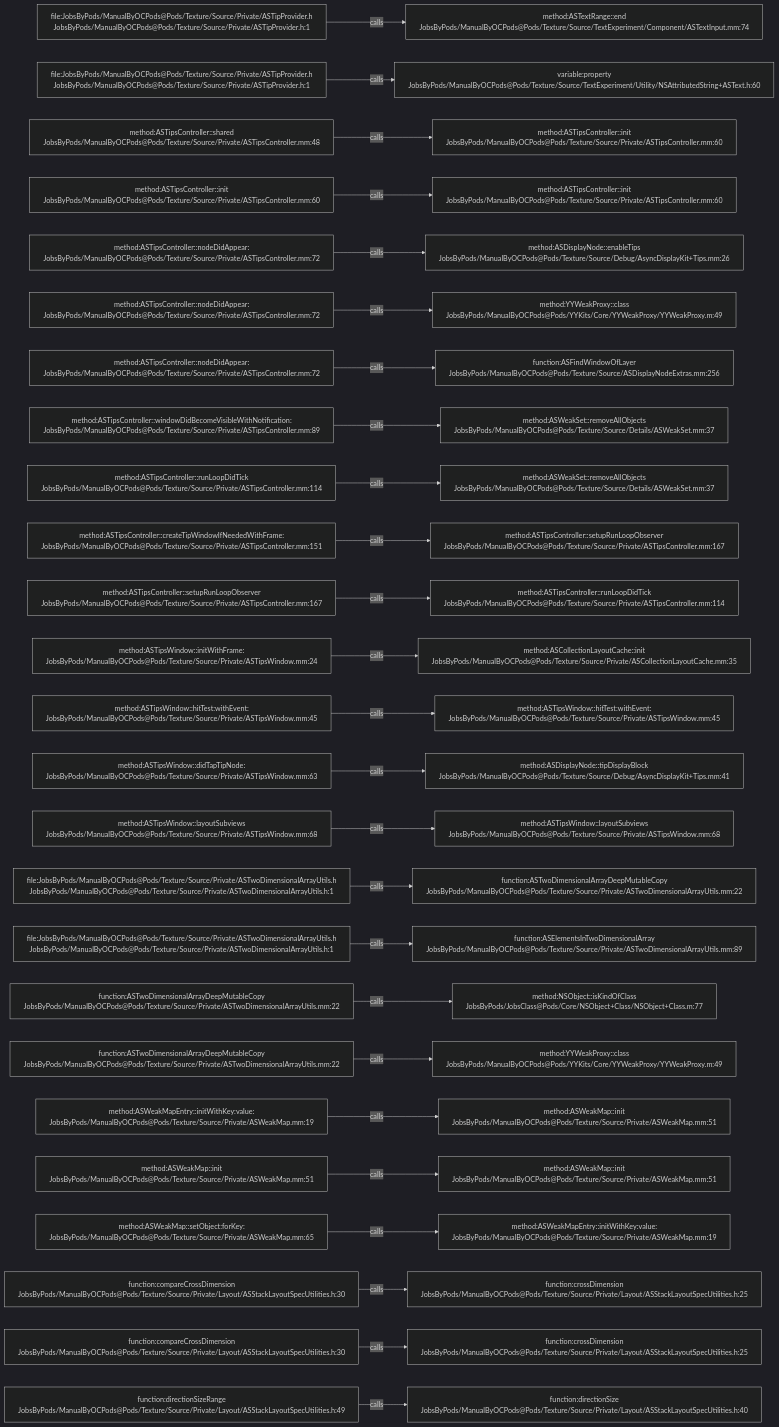
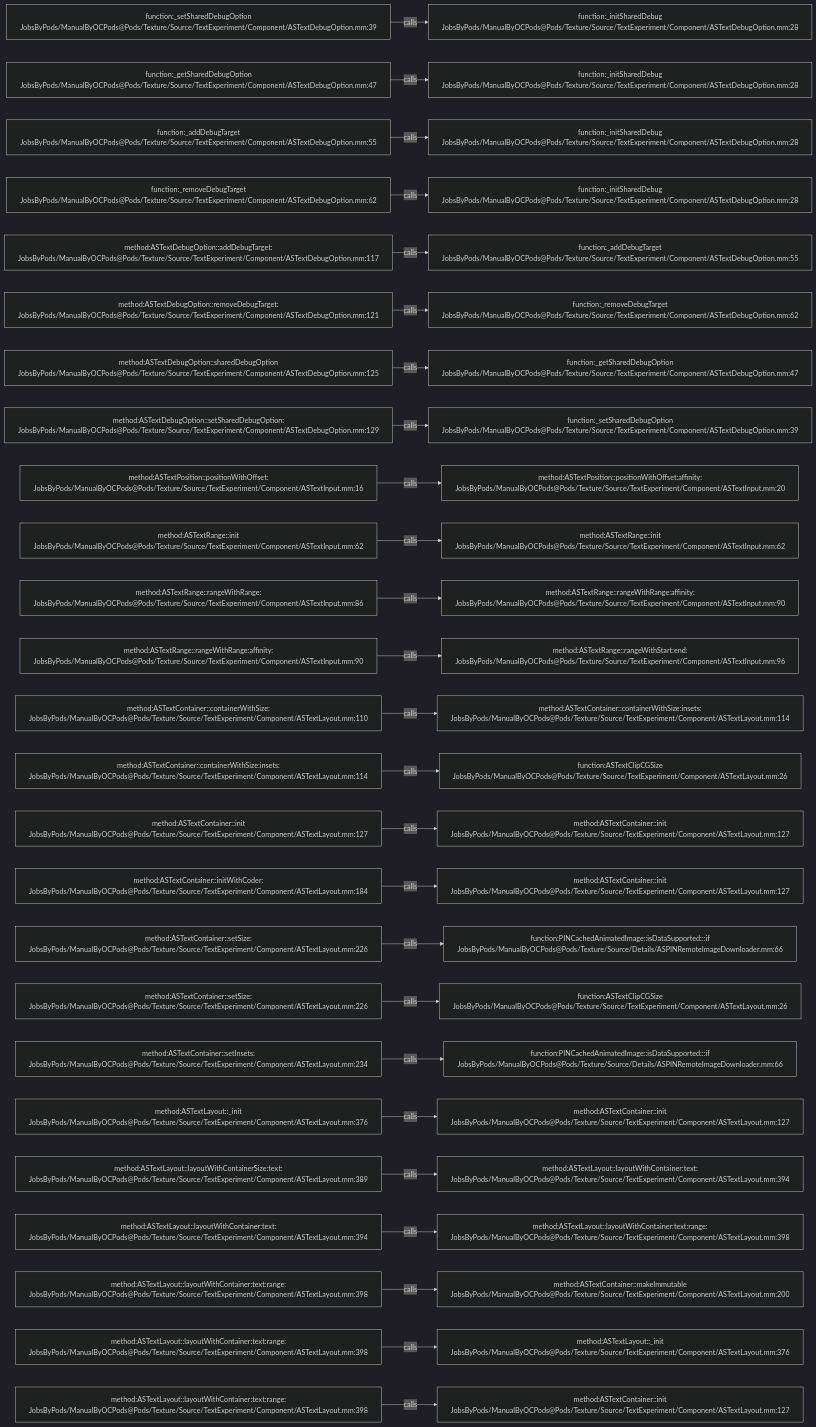
The diagram in .codegraph/codegraph.md/graphs/calls-184.md (JobsKits/JobsOCBaseConfigDemo), drawn with Mermaid (dark theme) before and after one commit. The commit also changed 2723 other files, not shown here.

````diff
--- a/.codegraph/codegraph.md/graphs/calls-184.md
+++ b/.codegraph/codegraph.md/graphs/calls-184.md
@@ -13,78 +13,78 @@
 ```mermaid
 flowchart LR
-  S1["file:JobsByPods/ManualByOCPods@Pods/Texture/Source/Private/ASTipProvider.h<br/>JobsByPods/ManualByOCPods@Pods/Texture/Source/Private/ASTipProvider.h:1"]
-  T1["method:ASTextRange::end<br/>JobsByPods/ManualByOCPods@Pods/Texture/Source/TextExperiment/Component/ASTextInput.mm:74"]
+  S1["function:_setSharedDebugOption<br/>JobsByPods/ManualByOCPods@Pods/Texture/Source/TextExperiment/Component/ASTextDebugOption.mm:39"]
+  T1["function:_initSharedDebug<br/>JobsByPods/ManualByOCPods@Pods/Texture/Source/TextExperiment/Component/ASTextDebugOption.mm:28"]
   S1 -->|calls| T1
-  S2["file:JobsByPods/ManualByOCPods@Pods/Texture/Source/Private/ASTipProvider.h<br/>JobsByPods/ManualByOCPods@Pods/Texture/Source/Private/ASTipProvider.h:1"]
-  T2["variable:property<br/>JobsByPods/ManualByOCPods@Pods/Texture/Source/TextExperiment/Utility/NSAttributedString+ASText.h:60"]
+  S2["function:_getSharedDebugOption<br/>JobsByPods/ManualByOCPods@Pods/Texture/Source/TextExperiment/Component/ASTextDebugOption.mm:47"]
+  T2["function:_initSharedDebug<br/>JobsByPods/ManualByOCPods@Pods/Texture/Source/TextExperiment/Component/ASTextDebugOption.mm:28"]
   S2 -->|calls| T2
-  S3["method:ASTipsController::shared<br/>JobsByPods/ManualByOCPods@Pods/Texture/Source/Private/ASTipsController.mm:48"]
-  T3["method:ASTipsController::init<br/>JobsByPods/ManualByOCPods@Pods/Texture/Source/Private/ASTipsController.mm:60"]
+  S3["function:_addDebugTarget<br/>JobsByPods/ManualByOCPods@Pods/Texture/Source/TextExperiment/Component/ASTextDebugOption.mm:55"]
+  T3["function:_initSharedDebug<br/>JobsByPods/ManualByOCPods@Pods/Texture/Source/TextExperiment/Component/ASTextDebugOption.mm:28"]
   S3 -->|calls| T3
-  S4["method:ASTipsController::init<br/>JobsByPods/ManualByOCPods@Pods/Texture/Source/Private/ASTipsController.mm:60"]
-  T4["method:ASTipsController::init<br/>JobsByPods/ManualByOCPods@Pods/Texture/Source/Private/ASTipsController.mm:60"]
+  S4["function:_removeDebugTarget<br/>JobsByPods/ManualByOCPods@Pods/Texture/Source/TextExperiment/Component/ASTextDebugOption.mm:62"]
+  T4["function:_initSharedDebug<br/>JobsByPods/ManualByOCPods@Pods/Texture/Source/TextExperiment/Component/ASTextDebugOption.mm:28"]
   S4 -->|calls| T4
-  S5["method:ASTipsController::nodeDidAppear:<br/>JobsByPods/ManualByOCPods@Pods/Texture/Source/Private/ASTipsController.mm:72"]
-  T5["method:ASDisplayNode::enableTips<br/>JobsByPods/ManualByOCPods@Pods/Texture/Source/Debug/AsyncDisplayKit+Tips.mm:26"]
+  S5["method:ASTextDebugOption::addDebugTarget:<br/>JobsByPods/ManualByOCPods@Pods/Texture/Source/TextExperiment/Component/ASTextDebugOption.mm:117"]
+  T5["function:_addDebugTarget<br/>JobsByPods/ManualByOCPods@Pods/Texture/Source/TextExperiment/Component/ASTextDebugOption.mm:55"]
   S5 -->|calls| T5
-  S6["method:ASTipsController::nodeDidAppear:<br/>JobsByPods/ManualByOCPods@Pods/Texture/Source/Private/ASTipsController.mm:72"]
-  T6["method:YYWeakProxy::class<br/>JobsByPods/ManualByOCPods@Pods/YYKits/Core/YYWeakProxy/YYWeakProxy.m:49"]
+  S6["method:ASTextDebugOption::removeDebugTarget:<br/>JobsByPods/ManualByOCPods@Pods/Texture/Source/TextExperiment/Component/ASTextDebugOption.mm:121"]
+  T6["function:_removeDebugTarget<br/>JobsByPods/ManualByOCPods@Pods/Texture/Source/TextExperiment/Component/ASTextDebugOption.mm:62"]
   S6 -->|calls| T6
-  S7["method:ASTipsController::nodeDidAppear:<br/>JobsByPods/ManualByOCPods@Pods/Texture/Source/Private/ASTipsController.mm:72"]
-  T7["function:ASFindWindowOfLayer<br/>JobsByPods/ManualByOCPods@Pods/Texture/Source/ASDisplayNodeExtras.mm:256"]
+  S7["method:ASTextDebugOption::sharedDebugOption<br/>JobsByPods/ManualByOCPods@Pods/Texture/Source/TextExperiment/Component/ASTextDebugOption.mm:125"]
+  T7["function:_getSharedDebugOption<br/>JobsByPods/ManualByOCPods@Pods/Texture/Source/TextExperiment/Component/ASTextDebugOption.mm:47"]
   S7 -->|calls| T7
-  S8["method:ASTipsController::windowDidBecomeVisibleWithNotification:<br/>JobsByPods/ManualByOCPods@Pods/Texture/Source/Private/ASTipsController.mm:89"]
-  T8["method:ASWeakSet::removeAllObjects<br/>JobsByPods/ManualByOCPods@Pods/Texture/Source/Details/ASWeakSet.mm:37"]
+  S8["method:ASTextDebugOption::setSharedDebugOption:<br/>JobsByPods/ManualByOCPods@Pods/Texture/Source/TextExperiment/Component/ASTextDebugOption.mm:129"]
+  T8["function:_setSharedDebugOption<br/>JobsByPods/ManualByOCPods@Pods/Texture/Source/TextExperiment/Component/ASTextDebugOption.mm:39"]
   S8 -->|calls| T8
-  S9["method:ASTipsController::runLoopDidTick<br/>JobsByPods/ManualByOCPods@Pods/Texture/Source/Private/ASTipsController.mm:114"]
-  T9["method:ASWeakSet::removeAllObjects<br/>JobsByPods/ManualByOCPods@Pods/Texture/Source/Details/ASWeakSet.mm:37"]
+  S9["method:ASTextPosition::positionWithOffset:<br/>JobsByPods/ManualByOCPods@Pods/Texture/Source/TextExperiment/Component/ASTextInput.mm:16"]
+  T9["method:ASTextPosition::positionWithOffset:affinity:<br/>JobsByPods/ManualByOCPods@Pods/Texture/Source/TextExperiment/Component/ASTextInput.mm:20"]
   S9 -->|calls| T9
-  S10["method:ASTipsController::createTipWindowIfNeededWithFrame:<br/>JobsByPods/ManualByOCPods@Pods/Texture/Source/Private/ASTipsController.mm:151"]
-  T10["method:ASTipsController::setupRunLoopObserver<br/>JobsByPods/ManualByOCPods@Pods/Texture/Source/Private/ASTipsController.mm:167"]
+  S10["method:ASTextRange::init<br/>JobsByPods/ManualByOCPods@Pods/Texture/Source/TextExperiment/Component/ASTextInput.mm:62"]
+  T10["method:ASTextRange::init<br/>JobsByPods/ManualByOCPods@Pods/Texture/Source/TextExperiment/Component/ASTextInput.mm:62"]
   S10 -->|calls| T10
-  S11["method:ASTipsController::setupRunLoopObserver<br/>JobsByPods/ManualByOCPods@Pods/Texture/Source/Private/ASTipsController.mm:167"]
-  T11["method:ASTipsController::runLoopDidTick<br/>JobsByPods/ManualByOCPods@Pods/Texture/Source/Private/ASTipsController.mm:114"]
+  S11["method:ASTextRange::rangeWithRange:<br/>JobsByPods/ManualByOCPods@Pods/Texture/Source/TextExperiment/Component/ASTextInput.mm:86"]
+  T11["method:ASTextRange::rangeWithRange:affinity:<br/>JobsByPods/ManualByOCPods@Pods/Texture/Source/TextExperiment/Component/ASTextInput.mm:90"]
   S11 -->|calls| T11
-  S12["method:ASTipsWindow::initWithFrame:<br/>JobsByPods/ManualByOCPods@Pods/Texture/Source/Private/ASTipsWindow.mm:24"]
-  T12["method:ASCollectionLayoutCache::init<br/>JobsByPods/ManualByOCPods@Pods/Texture/Source/Private/ASCollectionLayoutCache.mm:35"]
+  S12["method:ASTextRange::rangeWithRange:affinity:<br/>JobsByPods/ManualByOCPods@Pods/Texture/Source/TextExperiment/Component/ASTextInput.mm:90"]
+  T12["method:ASTextRange::rangeWithStart:end:<br/>JobsByPods/ManualByOCPods@Pods/Texture/Source/TextExperiment/Component/ASTextInput.mm:96"]
   S12 -->|calls| T12
-  S13["method:ASTipsWindow::hitTest:withEvent:<br/>JobsByPods/ManualByOCPods@Pods/Texture/Source/Private/ASTipsWindow.mm:45"]
-  T13["method:ASTipsWindow::hitTest:withEvent:<br/>JobsByPods/ManualByOCPods@Pods/Texture/Source/Private/ASTipsWindow.mm:45"]
+  S13["method:ASTextContainer::containerWithSize:<br/>JobsByPods/ManualByOCPods@Pods/Texture/Source/TextExperiment/Component/ASTextLayout.mm:110"]
+  T13["method:ASTextContainer::containerWithSize:insets:<br/>JobsByPods/ManualByOCPods@Pods/Texture/Source/TextExperiment/Component/ASTextLayout.mm:114"]
   S13 -->|calls| T13
-  S14["method:ASTipsWindow::didTapTipNode:<br/>JobsByPods/ManualByOCPods@Pods/Texture/Source/Private/ASTipsWindow.mm:63"]
-  T14["method:ASDisplayNode::tipDisplayBlock<br/>JobsByPods/ManualByOCPods@Pods/Texture/Source/Debug/AsyncDisplayKit+Tips.mm:41"]
+  S14["method:ASTextContainer::containerWithSize:insets:<br/>JobsByPods/ManualByOCPods@Pods/Texture/Source/TextExperiment/Component/ASTextLayout.mm:114"]
+  T14["function:ASTextClipCGSize<br/>JobsByPods/ManualByOCPods@Pods/Texture/Source/TextExperiment/Component/ASTextLayout.mm:26"]
   S14 -->|calls| T14
-  S15["method:ASTipsWindow::layoutSubviews<br/>JobsByPods/ManualByOCPods@Pods/Texture/Source/Private/ASTipsWindow.mm:68"]
-  T15["method:ASTipsWindow::layoutSubviews<br/>JobsByPods/ManualByOCPods@Pods/Texture/Source/Private/ASTipsWindow.mm:68"]
+  S15["method:ASTextContainer::init<br/>JobsByPods/ManualByOCPods@Pods/Texture/Source/TextExperiment/Component/ASTextLayout.mm:127"]
+  T15["method:ASTextContainer::init<br/>JobsByPods/ManualByOCPods@Pods/Texture/Source/TextExperiment/Component/ASTextLayout.mm:127"]
   S15 -->|calls| T15
-  S16["file:JobsByPods/ManualByOCPods@Pods/Texture/Source/Private/ASTwoDimensionalArrayUtils.h<br/>JobsByPods/ManualByOCPods@Pods/Texture/Source/Private/ASTwoDimensionalArrayUtils.h:1"]
-  T16["function:ASTwoDimensionalArrayDeepMutableCopy<br/>JobsByPods/ManualByOCPods@Pods/Texture/Source/Private/ASTwoDimensionalArrayUtils.mm:22"]
+  S16["method:ASTextContainer::initWithCoder:<br/>JobsByPods/ManualByOCPods@Pods/Texture/Source/TextExperiment/Component/ASTextLayout.mm:184"]
+  T16["method:ASTextContainer::init<br/>JobsByPods/ManualByOCPods@Pods/Texture/Source/TextExperiment/Component/ASTextLayout.mm:127"]
   S16 -->|calls| T16
-  S17["file:JobsByPods/ManualByOCPods@Pods/Texture/Source/Private/ASTwoDimensionalArrayUtils.h<br/>JobsByPods/ManualByOCPods@Pods/Texture/Source/Private/ASTwoDimensionalArrayUtils.h:1"]
-  T17["function:ASElementsInTwoDimensionalArray<br/>JobsByPods/ManualByOCPods@Pods/Texture/Source/Private/ASTwoDimensionalArrayUtils.mm:89"]
+  S17["method:ASTextContainer::setSize:<br/>JobsByPods/ManualByOCPods@Pods/Texture/Source/TextExperiment/Component/ASTextLayout.mm:226"]
+  T17["function:PINCachedAnimatedImage::isDataSupported:::if<br/>JobsByPods/ManualByOCPods@Pods/Texture/Source/Details/ASPINRemoteImageDownloader.mm:66"]
   S17 -->|calls| T17
-  S18["function:ASTwoDimensionalArrayDeepMutableCopy<br/>JobsByPods/ManualByOCPods@Pods/Texture/Source/Private/ASTwoDimensionalArrayUtils.mm:22"]
-  T18["method:NSObject::isKindOfClass<br/>JobsByPods/JobsClass@Pods/Core/NSObject+Class/NSObject+Class.m:77"]
+  S18["method:ASTextContainer::setSize:<br/>JobsByPods/ManualByOCPods@Pods/Texture/Source/TextExperiment/Component/ASTextLayout.mm:226"]
+  T18["function:ASTextClipCGSize<br/>JobsByPods/ManualByOCPods@Pods/Texture/Source/TextExperiment/Component/ASTextLayout.mm:26"]
   S18 -->|calls| T18
-  S19["function:ASTwoDimensionalArrayDeepMutableCopy<br/>JobsByPods/ManualByOCPods@Pods/Texture/Source/Private/ASTwoDimensionalArrayUtils.mm:22"]
-  T19["method:YYWeakProxy::class<br/>JobsByPods/ManualByOCPods@Pods/YYKits/Core/YYWeakProxy/YYWeakProxy.m:49"]
+  S19["method:ASTextContainer::setInsets:<br/>JobsByPods/ManualByOCPods@Pods/Texture/Source/TextExperiment/Component/ASTextLayout.mm:234"]
+  T19["function:PINCachedAnimatedImage::isDataSupported:::if<br/>JobsByPods/ManualByOCPods@Pods/Texture/Source/Details/ASPINRemoteImageDownloader.mm:66"]
   S19 -->|calls| T19
-  S20["method:ASWeakMapEntry::initWithKey:value:<br/>JobsByPods/ManualByOCPods@Pods/Texture/Source/Private/ASWeakMap.mm:19"]
-  T20["method:ASWeakMap::init<br/>JobsByPods/ManualByOCPods@Pods/Texture/Source/Private/ASWeakMap.mm:51"]
+  S20["method:ASTextLayout::_init<br/>JobsByPods/ManualByOCPods@Pods/Texture/Source/TextExperiment/Component/ASTextLayout.mm:376"]
+  T20["method:ASTextContainer::init<br/>JobsByPods/ManualByOCPods@Pods/Texture/Source/TextExperiment/Component/ASTextLayout.mm:127"]
   S20 -->|calls| T20
-  S21["method:ASWeakMap::init<br/>JobsByPods/ManualByOCPods@Pods/Texture/Source/Private/ASWeakMap.mm:51"]
-  T21["method:ASWeakMap::init<br/>JobsByPods/ManualByOCPods@Pods/Texture/Source/Private/ASWeakMap.mm:51"]
+  S21["method:ASTextLayout::layoutWithContainerSize:text:<br/>JobsByPods/ManualByOCPods@Pods/Texture/Source/TextExperiment/Component/ASTextLayout.mm:389"]
+  T21["method:ASTextLayout::layoutWithContainer:text:<br/>JobsByPods/ManualByOCPods@Pods/Texture/Source/TextExperiment/Component/ASTextLayout.mm:394"]
   S21 -->|calls| T21
-  S22["method:ASWeakMap::setObject:forKey:<br/>JobsByPods/ManualByOCPods@Pods/Texture/Source/Private/ASWeakMap.mm:65"]
-  T22["method:ASWeakMapEntry::initWithKey:value:<br/>JobsByPods/ManualByOCPods@Pods/Texture/Source/Private/ASWeakMap.mm:19"]
+  S22["method:ASTextLayout::layoutWithContainer:text:<br/>JobsByPods/ManualByOCPods@Pods/Texture/Source/TextExperiment/Component/ASTextLayout.mm:394"]
+  T22["method:ASTextLayout::layoutWithContainer:text:range:<br/>JobsByPods/ManualByOCPods@Pods/Texture/Source/TextExperiment/Component/ASTextLayout.mm:398"]
   S22 -->|calls| T22
-  S23["function:compareCrossDimension<br/>JobsByPods/ManualByOCPods@Pods/Texture/Source/Private/Layout/ASStackLayoutSpecUtilities.h:30"]
-  T23["function:crossDimension<br/>JobsByPods/ManualByOCPods@Pods/Texture/Source/Private/Layout/ASStackLayoutSpecUtilities.h:25"]
+  S23["method:ASTextLayout::layoutWithContainer:text:range:<br/>JobsByPods/ManualByOCPods@Pods/Texture/Source/TextExperiment/Component/ASTextLayout.mm:398"]
+  T23["method:ASTextContainer::makeImmutable<br/>JobsByPods/ManualByOCPods@Pods/Texture/Source/TextExperiment/Component/ASTextLayout.mm:200"]
   S23 -->|calls| T23
-  S24["function:compareCrossDimension<br/>JobsByPods/ManualByOCPods@Pods/Texture/Source/Private/Layout/ASStackLayoutSpecUtilities.h:30"]
-  T24["function:crossDimension<br/>JobsByPods/ManualByOCPods@Pods/Texture/Source/Private/Layout/ASStackLayoutSpecUtilities.h:25"]
+  S24["method:ASTextLayout::layoutWithContainer:text:range:<br/>JobsByPods/ManualByOCPods@Pods/Texture/Source/TextExperiment/Component/ASTextLayout.mm:398"]
+  T24["method:ASTextLayout::_init<br/>JobsByPods/ManualByOCPods@Pods/Texture/Source/TextExperiment/Component/ASTextLayout.mm:376"]
   S24 -->|calls| T24
-  S25["function:directionSizeRange<br/>JobsByPods/ManualByOCPods@Pods/Texture/Source/Private/Layout/ASStackLayoutSpecUtilities.h:49"]
-  T25["function:directionSize<br/>JobsByPods/ManualByOCPods@Pods/Texture/Source/Private/Layout/ASStackLayoutSpecUtilities.h:40"]
+  S25["method:ASTextLayout::layoutWithContainer:text:range:<br/>JobsByPods/ManualByOCPods@Pods/Texture/Source/TextExperiment/Component/ASTextLayout.mm:398"]
+  T25["method:ASTextContainer::init<br/>JobsByPods/ManualByOCPods@Pods/Texture/Source/TextExperiment/Component/ASTextLayout.mm:127"]
   S25 -->|calls| T25
 ```
````
